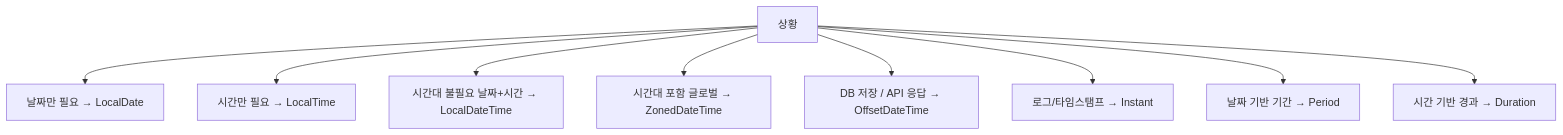
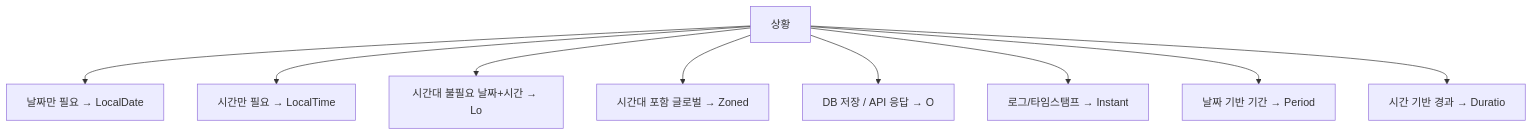
The fifth of 5 diagrams in _posts/java/2026-05-01-java-datetime.md (yjkim2015/yjkim2015.github.io), drawn with Mermaid before and after one commit. The commit also changed other lines of this file and 271 other files, not shown here.

First line of the commit message:
Mermaid 라벨 축소: 긴 노드 텍스트 18자 이하로 트림 + \n 제거

````diff
--- a/_posts/java/2026-05-01-java-datetime.md
+++ b/_posts/java/2026-05-01-java-datetime.md
@@ -690,11 +690,11 @@
 ```mermaid
 graph TD
     A["상황"] --> B["날짜만 필요 → LocalDate"]
     A --> C["시간만 필요 → LocalTime"]
-    A --> D["시간대 불필요 날짜+시간 → LocalDateTime"]
-    A --> E["시간대 포함 글로벌 → ZonedDateTime"]
-    A --> F["DB 저장 / API 응답 → OffsetDateTime"]
+    A --> D["시간대 불필요 날짜+시간 → Lo"]
+    A --> E["시간대 포함 글로벌 → Zoned"]
+    A --> F["DB 저장 / API 응답 → O"]
     A --> G["로그/타임스탬프 → Instant"]
     A --> H["날짜 기반 기간 → Period"]
-    A --> I["시간 기반 경과 → Duration"]
+    A --> I["시간 기반 경과 → Duratio"]
 ```
````
